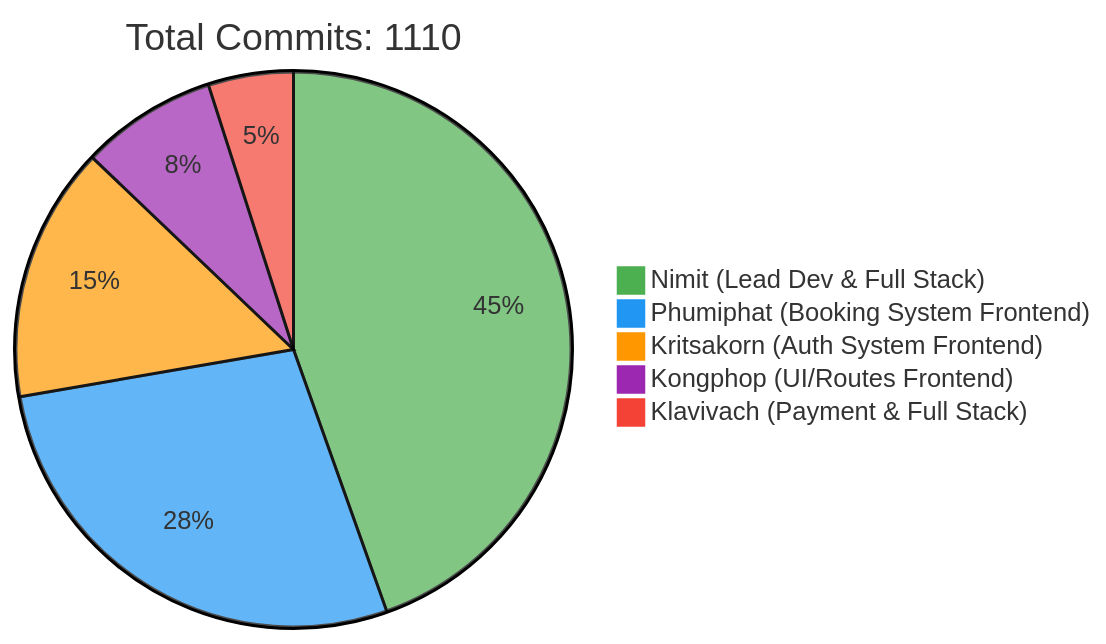
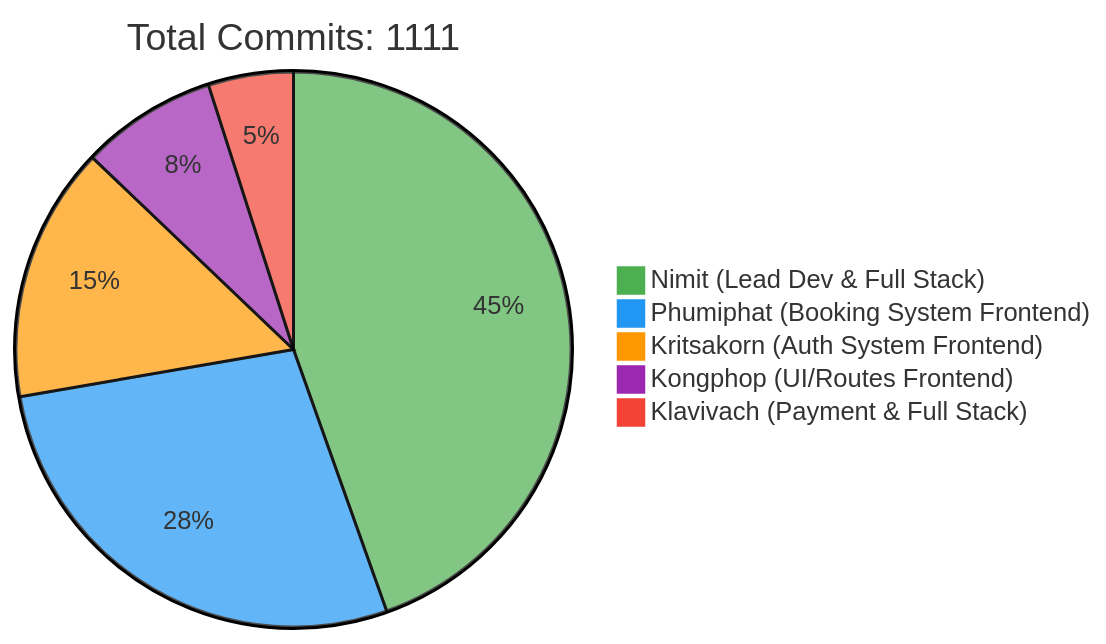
The first of 2 diagrams in README.md (6531503042/Sport-Complex), drawn with Mermaid before and after one commit. The commit also changed other lines of this file, not shown here.

Commit message:
docs: Update contributor statistics [skip ci]

````diff
--- a/README.md
+++ b/README.md
@@ -257,10 +257,10 @@
 ```mermaid
 %%{init: {'theme': 'base', 'themeVariables': { 'pie1': '#4CAF50', 'pie2': '#2196F3', 'pie3': '#FF9800', 'pie4': '#9C27B0', 'pie5': '#F44336'}}}%%
 pie
-    title Total Commits: 1110
+    title Total Commits: 1111
     "Nimit (Lead Dev & Full Stack)" : 450
     "Phumiphat (Booking System Frontend)" : 280
     "Kritsakorn (Auth System Frontend)" : 150
     "Kongphop (UI/Routes Frontend)" : 80
     "Klavivach (Payment & Full Stack)" : 50
 ```
````
